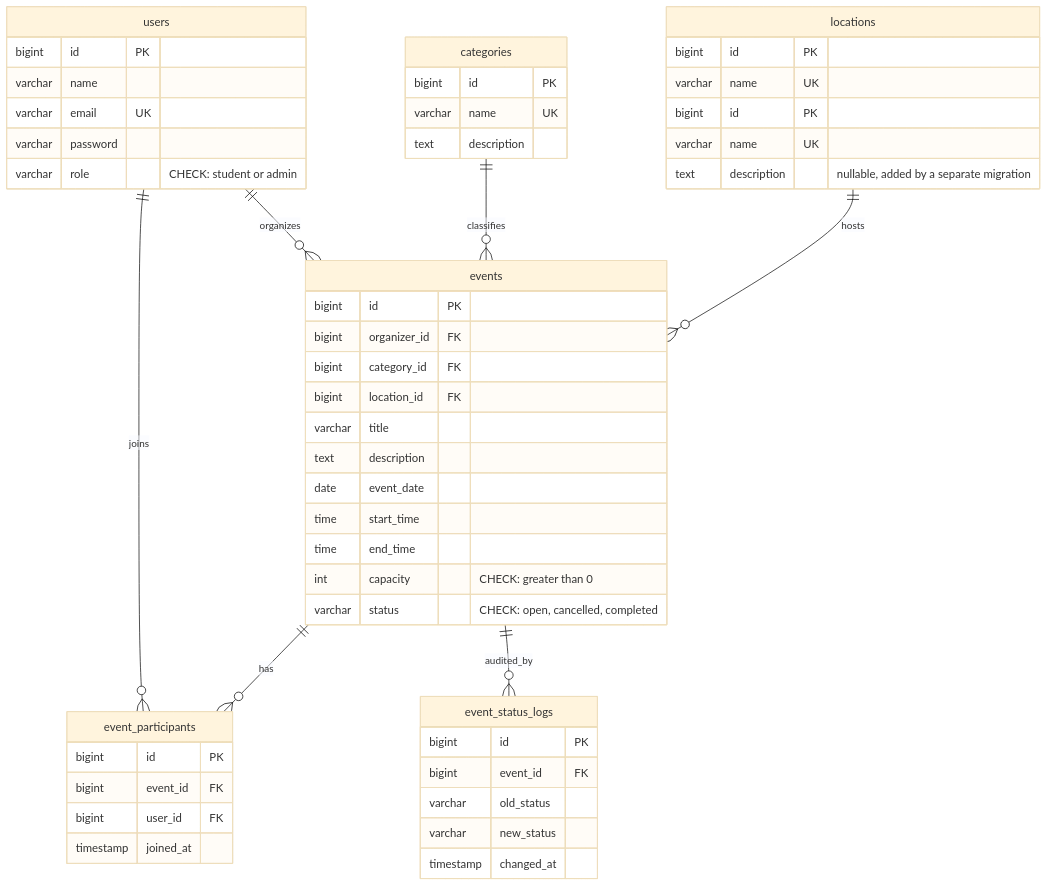
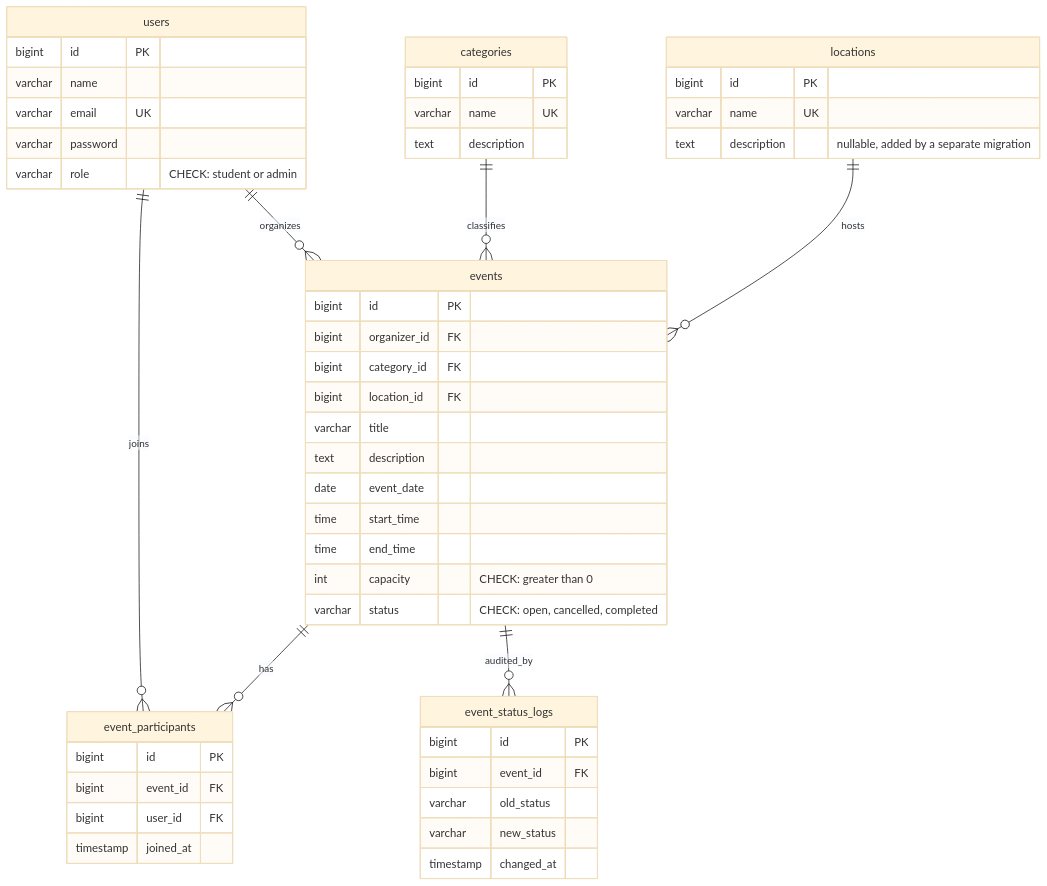
The diagram in docs/erd.md (ellich-i/campusconnect), drawn with Mermaid (base theme) before and after one commit.

Commit message:
Fix duplicate locations block in ERD

````diff
--- a/docs/erd.md
+++ b/docs/erd.md
@@ -3,57 +3,53 @@
 ```mermaid
 erDiagram
     users ||--o{ events : organizes
     categories ||--o{ events : classifies
     locations ||--o{ events : hosts
     users ||--o{ event_participants : joins
     events ||--o{ event_participants : has
     events ||--o{ event_status_logs : audited_by
 
     users {
         bigint id PK
         varchar name
         varchar email UK
         varchar password
         varchar role "CHECK: student or admin"
     }
     categories {
         bigint id PK
         varchar name UK
         text description
     }
     locations {
         bigint id PK
         varchar name UK
+        text description "nullable, added by a separate migration"
     }
     events {
         bigint id PK
         bigint organizer_id FK
         bigint category_id FK
         bigint location_id FK
         varchar title
         text description
         date event_date
         time start_time
         time end_time
         int capacity "CHECK: greater than 0"
         varchar status "CHECK: open, cancelled, completed"
     }
     event_participants {
         bigint id PK
         bigint event_id FK
         bigint user_id FK
         timestamp joined_at
     }
     event_status_logs {
         bigint id PK
         bigint event_id FK
         varchar old_status
         varchar new_status
         timestamp changed_at
     }
-      locations {
-        bigint id PK
-        varchar name UK
-        text description "nullable, added by a separate migration"
-    }
 ```
````
